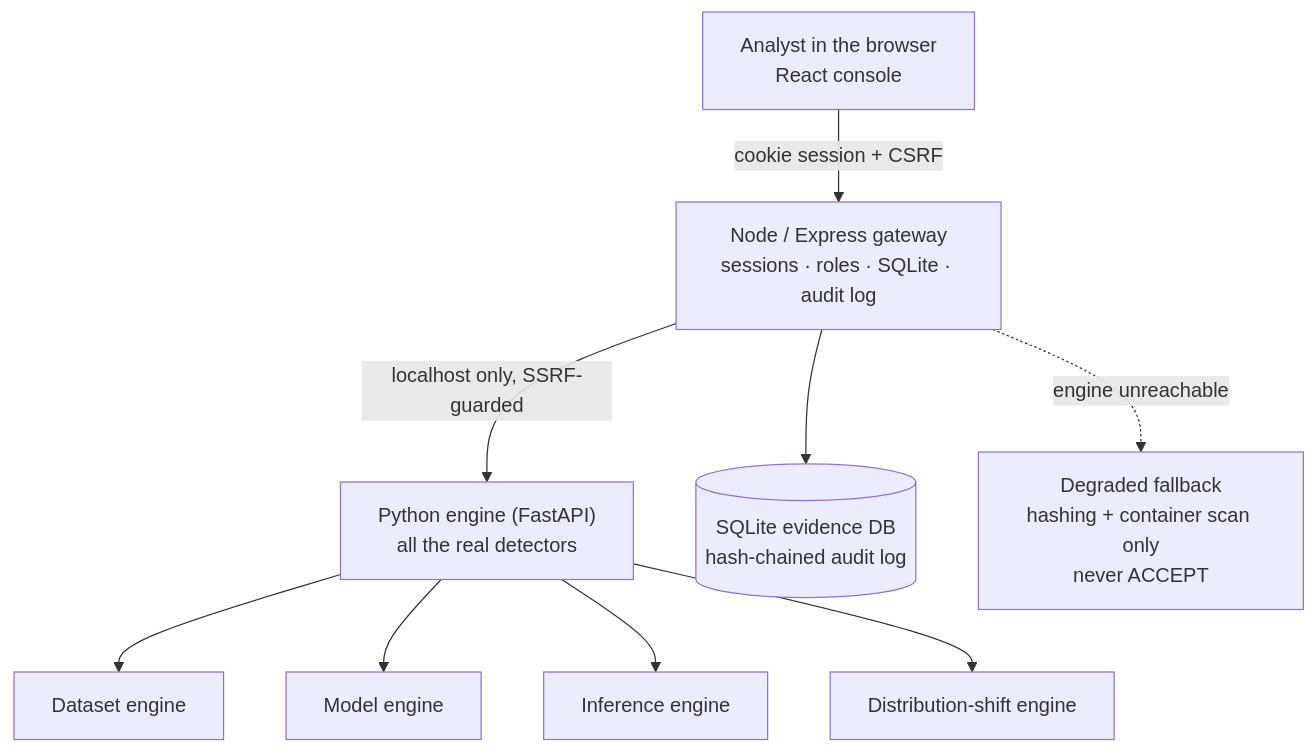
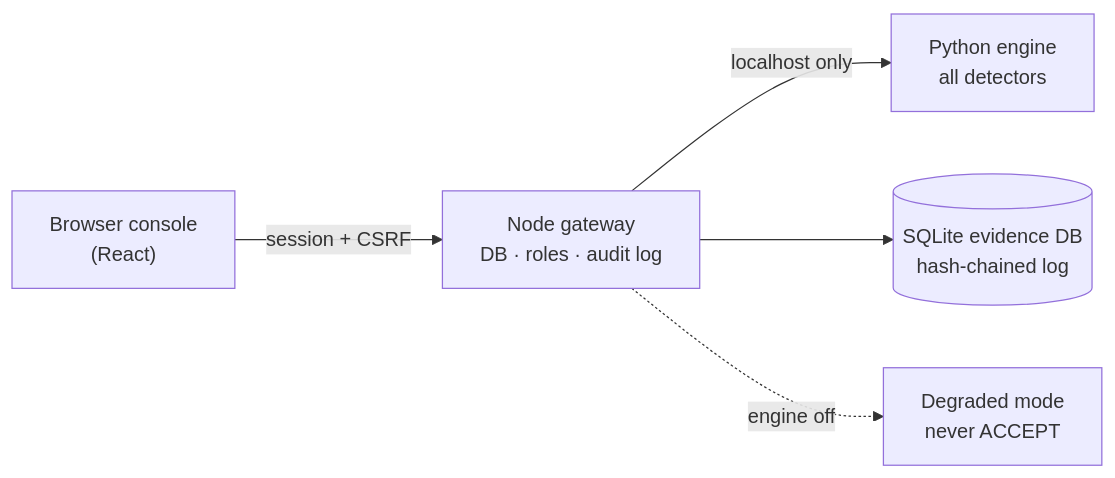
The diagram in README.md (ekupekuAI/AISecurity26228), drawn with Mermaid before and after one commit. The commit also changed other lines of this file and 5 other files, not shown here.

First line of the commit message:
Make the README visual: animated section graphics, Team Patriots banner, varied colours

````diff
--- a/README.md
+++ b/README.md
@@ -105,11 +130,7 @@
 ```mermaid
-flowchart TD
-    A["Analyst in the browser<br/>React console"] -->|"cookie session + CSRF"| B["Node / Express gateway<br/>sessions · roles · SQLite · audit log"]
-    B -->|"localhost only, SSRF-guarded"| C["Python engine (FastAPI)<br/>all the real detectors"]
-    C --> D1["Dataset engine"]
-    C --> D2["Model engine"]
-    C --> D3["Inference engine"]
-    C --> D4["Distribution-shift engine"]
-    B --> L[("SQLite evidence DB<br/>hash-chained audit log")]
-    B -. "engine unreachable" .-> F["Degraded fallback<br/>hashing + container scan only<br/>never ACCEPT"]
+flowchart LR
+    A["Browser console<br/>(React)"] -->|"session + CSRF"| B["Node gateway<br/>DB · roles · audit log"]
+    B -->|"localhost only"| C["Python engine<br/>all detectors"]
+    B --> L[("SQLite evidence DB<br/>hash-chained log")]
+    B -. "engine off" .-> F["Degraded mode<br/>never ACCEPT"]
 ```
````
